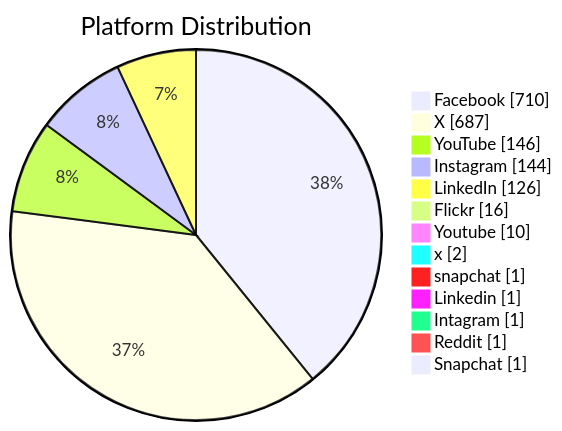
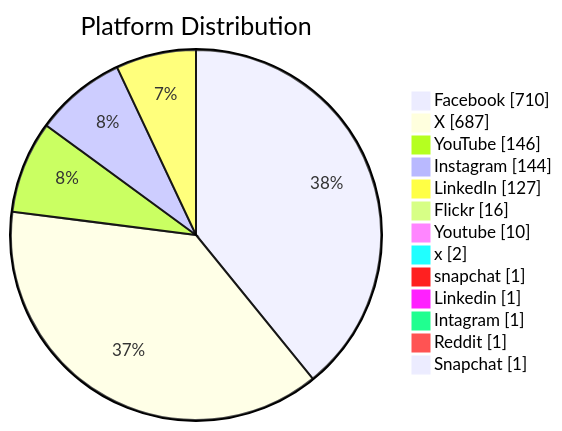
The second of 6 diagrams in README.md (PatLittle/GC-Socials), drawn with Mermaid before and after one commit. The commit also changed other lines of this file, not shown here.

Commit message:
Update README with Platform Distribution pie chart

````diff
--- a/README.md
+++ b/README.md
@@ -47,16 +47,16 @@
 ```mermaid
 pie showData title Platform Distribution
     "Facebook": 710
     "X": 687
     "YouTube": 146
     "Instagram": 144
-    "LinkedIn": 126
+    "LinkedIn": 127
     "Flickr": 16
     "Youtube": 10
     "x": 2
     "snapchat": 1
     "Linkedin": 1
     "Intagram": 1
     "Reddit": 1
     "Snapchat": 1
 ```
````
